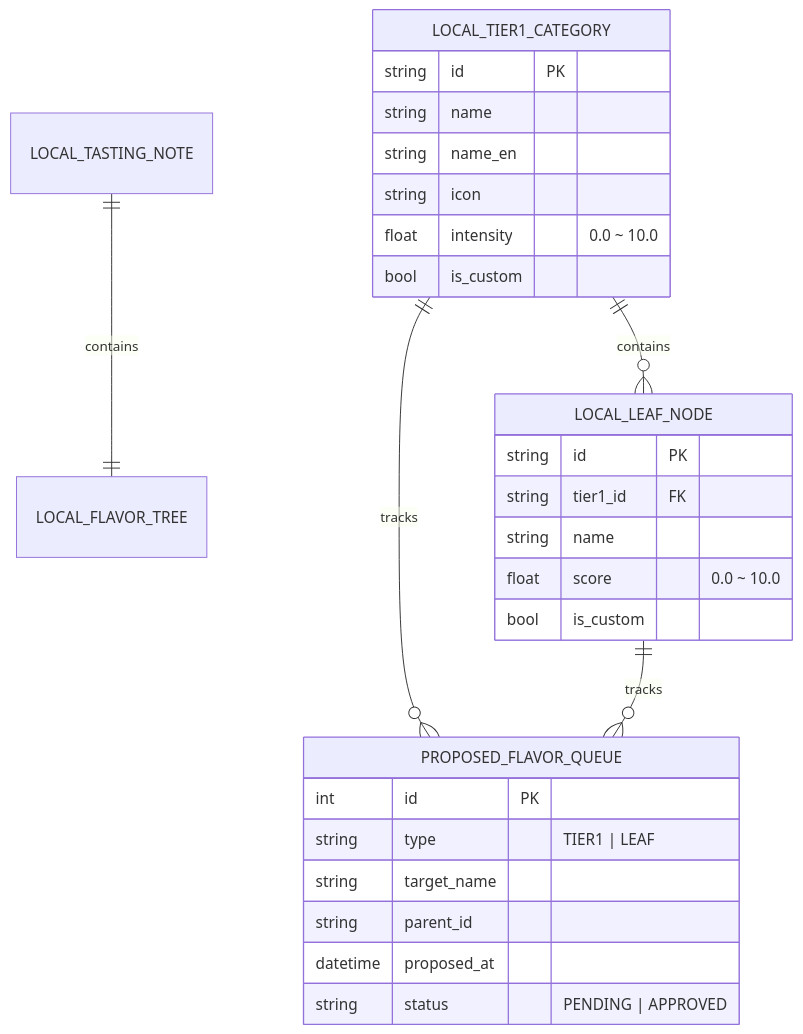
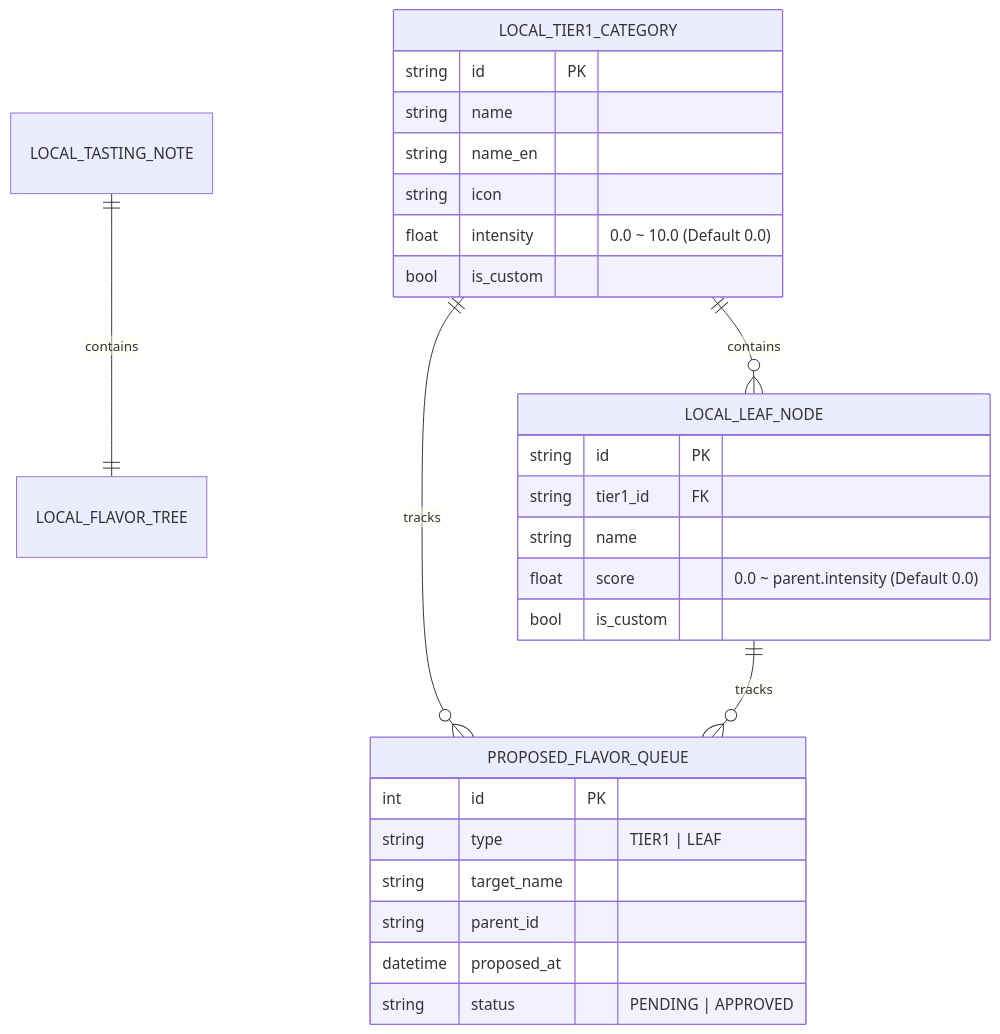
Before and after one commit to chanhooop/FlavorWheel: the third of 3 diagrams in README.md, drawn with Mermaid. The commit also changed other lines of this file and 1 other file, not shown here.

````diff
--- a/README.md
+++ b/README.md
@@ -150,33 +153,33 @@
 ```mermaid
 erDiagram
     LOCAL_TASTING_NOTE ||--|| LOCAL_FLAVOR_TREE : contains
     LOCAL_TIER1_CATEGORY ||--o{ LOCAL_LEAF_NODE : contains
     LOCAL_TIER1_CATEGORY ||--o{ PROPOSED_FLAVOR_QUEUE : tracks
     LOCAL_LEAF_NODE ||--o{ PROPOSED_FLAVOR_QUEUE : tracks
 
     LOCAL_TIER1_CATEGORY {
         string id PK
         string name
         string name_en
         string icon
-        float intensity "0.0 ~ 10.0"
+        float intensity "0.0 ~ 10.0 (Default 0.0)"
         bool is_custom
     }
 
     LOCAL_LEAF_NODE {
         string id PK
         string tier1_id FK
         string name
-        float score "0.0 ~ 10.0"
+        float score "0.0 ~ parent.intensity (Default 0.0)"
         bool is_custom
     }
 
     PROPOSED_FLAVOR_QUEUE {
         int id PK
         string type "TIER1 | LEAF"
         string target_name
         string parent_id
         datetime proposed_at
         string status "PENDING | APPROVED"
     }
 ```
````
